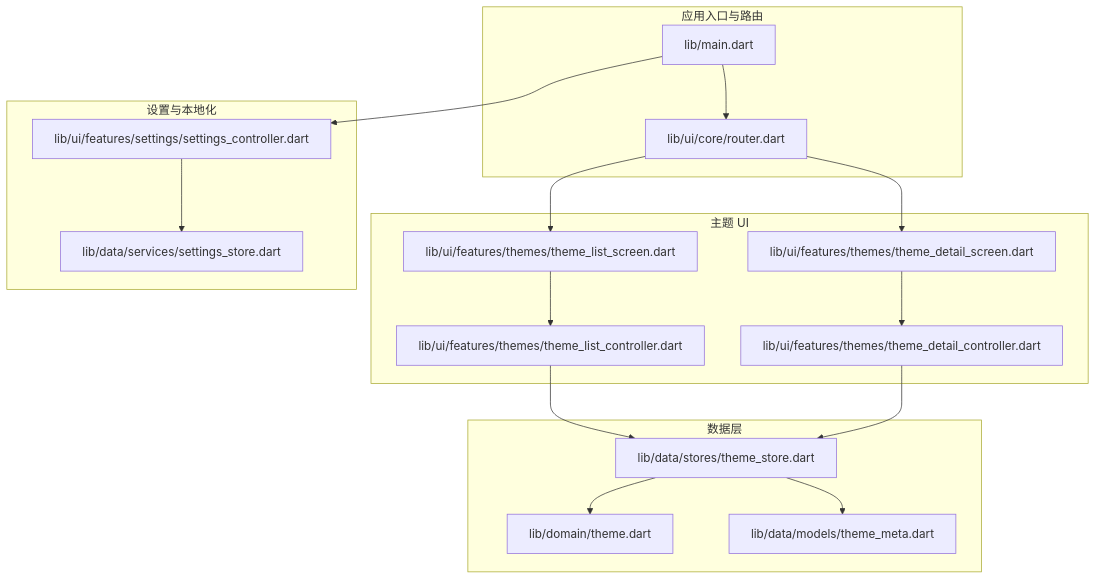
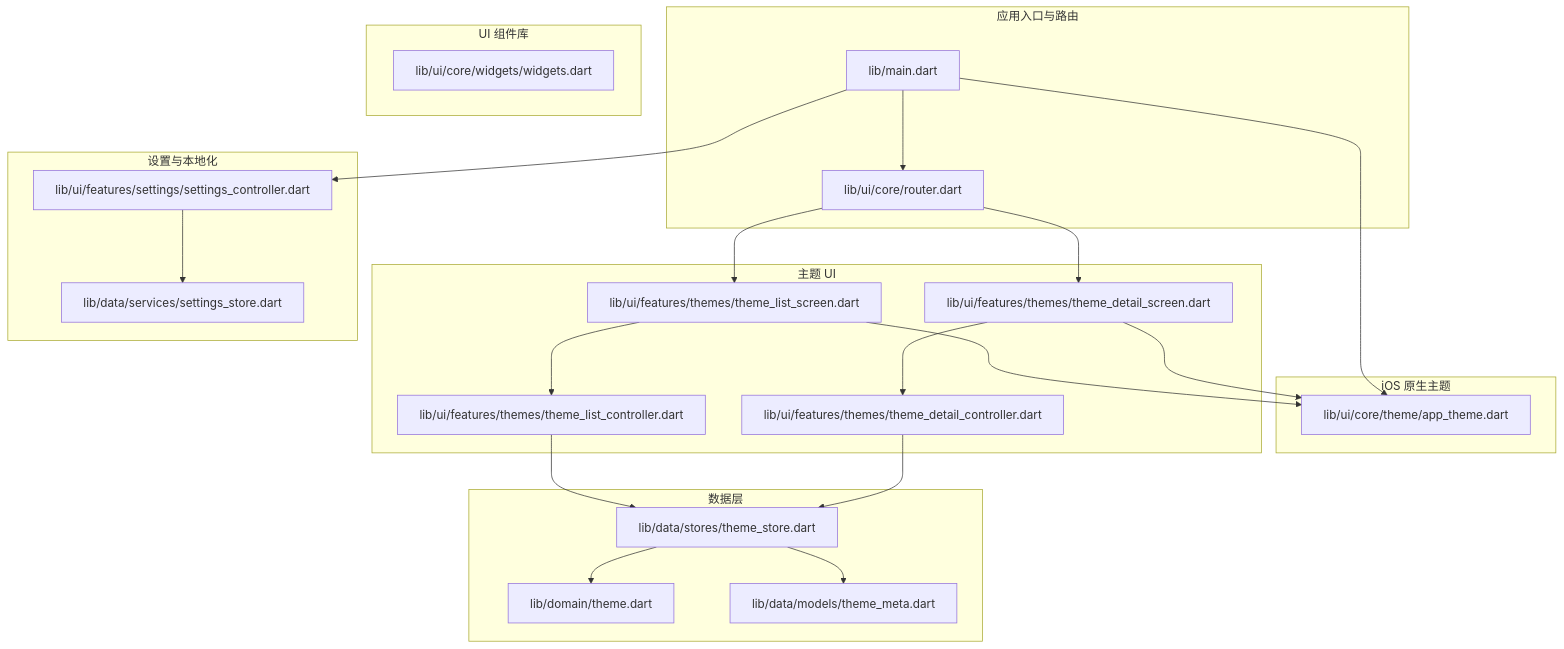
The first of 5 diagrams in .qoder/repowiki/zh/content/架构设计/UI 组件架构/主题系统.md (Ykworm/thktree), drawn with Mermaid before and after one commit. The commit also changed other lines of this file and 45 other files, not shown here.

````diff
--- a/.qoder/repowiki/zh/content/架构设计/UI 组件架构/主题系统.md
+++ b/.qoder/repowiki/zh/content/架构设计/UI 组件架构/主题系统.md
@@ -45,33 +58,42 @@
 ```mermaid
 graph TB
 subgraph "应用入口与路由"
 MAIN["lib/main.dart"]
 ROUTER["lib/ui/core/router.dart"]
+end
+subgraph "iOS 原生主题"
+APP_THEME["lib/ui/core/theme/app_theme.dart"]
 end
 subgraph "主题 UI"
 LIST_SCREEN["lib/ui/features/themes/theme_list_screen.dart"]
 DETAIL_SCREEN["lib/ui/features/themes/theme_detail_screen.dart"]
 LIST_CTRL["lib/ui/features/themes/theme_list_controller.dart"]
 DETAIL_CTRL["lib/ui/features/themes/theme_detail_controller.dart"]
 end
 subgraph "数据层"
 THEME_MODEL["lib/domain/theme.dart"]
 THEME_META["lib/data/models/theme_meta.dart"]
 THEME_STORE["lib/data/stores/theme_store.dart"]
 end
 subgraph "设置与本地化"
 SETTINGS_STORE["lib/data/services/settings_store.dart"]
 SETTINGS_CTRL["lib/ui/features/settings/settings_controller.dart"]
 end
+subgraph "UI 组件库"
+WIDGETS["lib/ui/core/widgets/widgets.dart"]
+end
 MAIN --> ROUTER
+MAIN --> APP_THEME
 ROUTER --> LIST_SCREEN
 ROUTER --> DETAIL_SCREEN
 LIST_SCREEN --> LIST_CTRL
 DETAIL_SCREEN --> DETAIL_CTRL
+LIST_SCREEN --> APP_THEME
+DETAIL_SCREEN --> APP_THEME
 LIST_CTRL --> THEME_STORE
 DETAIL_CTRL --> THEME_STORE
 THEME_STORE --> THEME_MODEL
 THEME_STORE --> THEME_META
 MAIN --> SETTINGS_CTRL
 SETTINGS_CTRL --> SETTINGS_STORE
 ```
````
